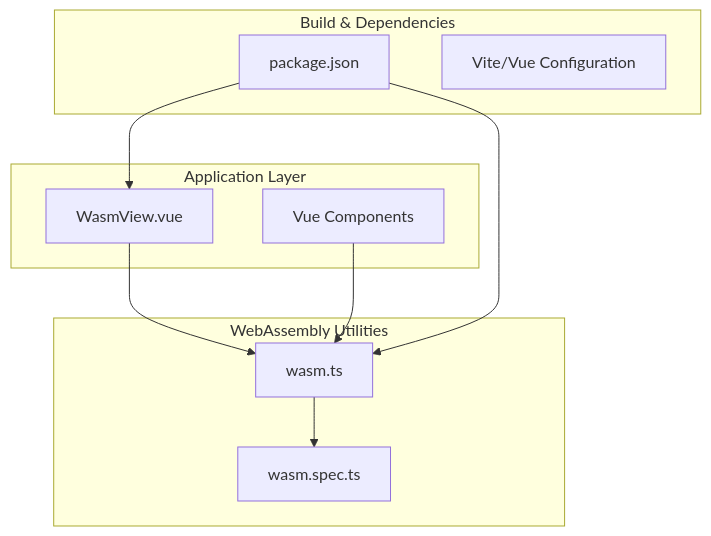
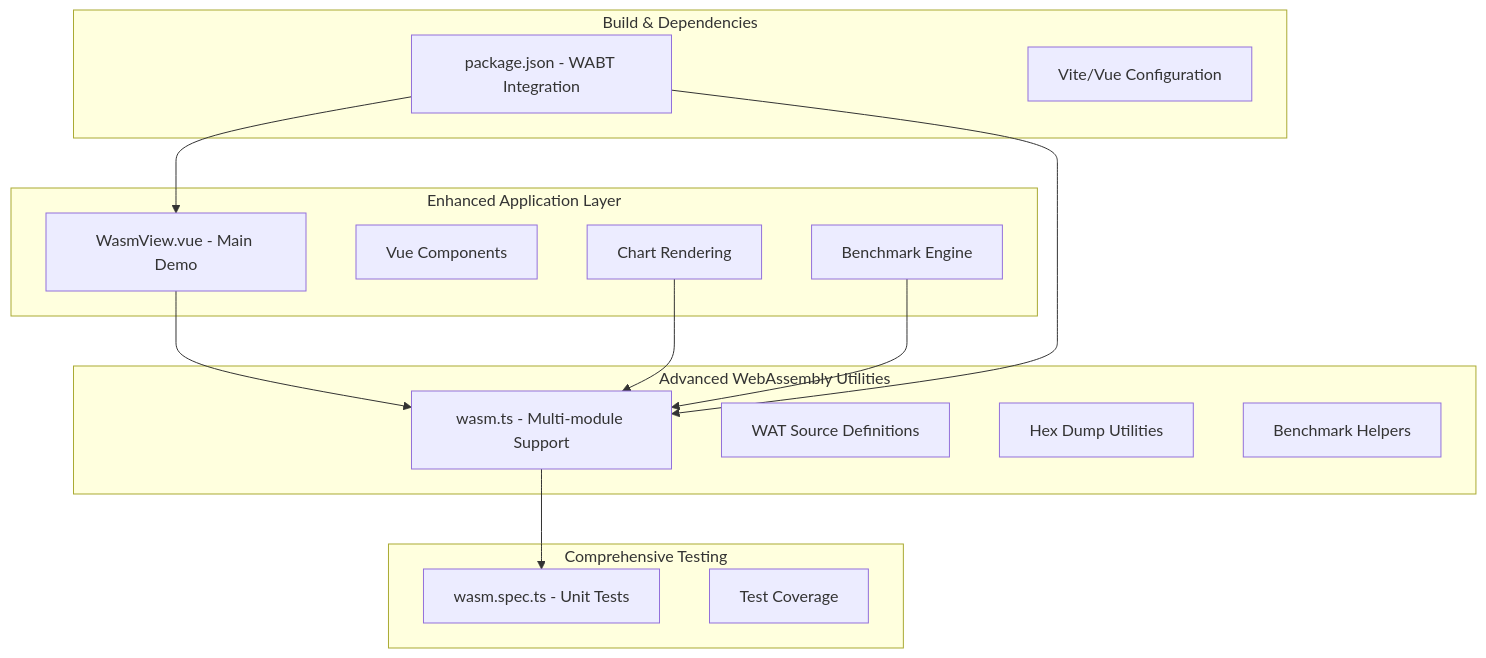
Before and after one commit to adminfyy/adminfyy.github.io: the first of 4 diagrams in .qoder/repowiki/en/content/Interactive Applications/WebAssembly Arithmetic Calculator.md, drawn with Mermaid. The commit also changed other lines of this file and 34 other files, not shown here.

````diff
--- a/.qoder/repowiki/en/content/Interactive Applications/WebAssembly Arithmetic Calculator.md
+++ b/.qoder/repowiki/en/content/Interactive Applications/WebAssembly Arithmetic Calculator.md
@@ -37,20 +52,29 @@
 ```mermaid
 graph TB
-subgraph "Application Layer"
-Views[WasmView.vue]
+subgraph "Enhanced Application Layer"
+WasmView[WasmView.vue - Main Demo]
 Components[Vue Components]
+Charts[Chart Rendering]
+Benchmark[Benchmark Engine]
 end
-subgraph "WebAssembly Utilities"
-Utils[wasm.ts]
-Tests[wasm.spec.ts]
+subgraph "Advanced WebAssembly Utilities"
+Utils[wasm.ts - Multi-module Support]
+WAT[WAT Source Definitions]
+HexDump[Hex Dump Utilities]
+Benchmarking[Benchmark Helpers]
+end
+subgraph "Comprehensive Testing"
+Specs[wasm.spec.ts - Unit Tests]
+Coverage[Test Coverage]
 end
 subgraph "Build & Dependencies"
-Package[package.json]
+Package[package.json - WABT Integration]
 Config[Vite/Vue Configuration]
 end
-Views --> Utils
-Components --> Utils
-Utils --> Tests
-Package --> Views
+WasmView --> Utils
+Charts --> Utils
+Benchmark --> Utils
+Utils --> Specs
+Package --> WasmView
 Package --> Utils
 ```
````
